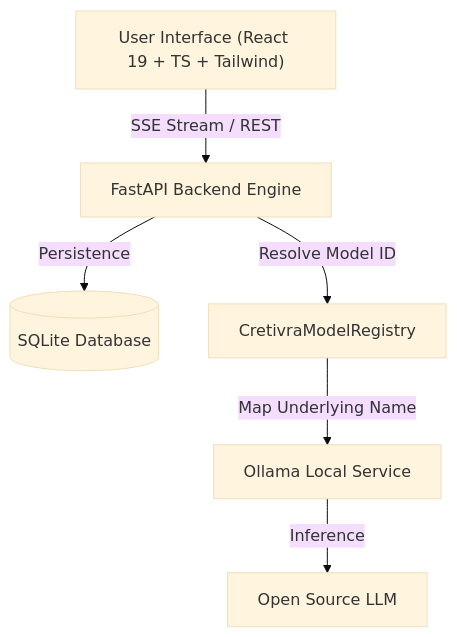
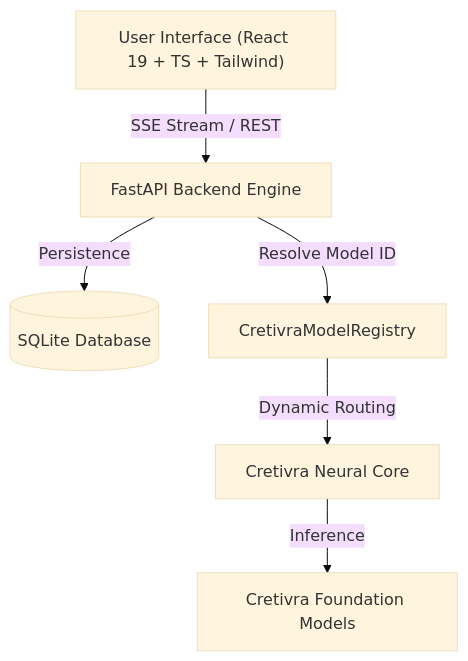
Before and after one commit to Suhash369/cretivra-ai: the diagram in README.md, drawn with Mermaid (base theme). The commit also changed other lines of this file and 12 other files, not shown here.

Commit message:
docs: unify documentation branding to Cretivra Neural Core and Foundation Models

````diff
--- a/README.md
+++ b/README.md
@@ -75,8 +75,8 @@
 ```mermaid
 graph TD
     User["User Interface (React 19 + TS + Tailwind)"] -->|SSE Stream / REST| FastAPI["FastAPI Backend Engine"]
     FastAPI -->|Persistence| DB[(SQLite Database)]
     FastAPI -->|Resolve Model ID| Registry["CretivraModelRegistry"]
-    Registry -->|Map Underlying Name| Ollama["Ollama Local Service"]
-    Ollama -->|Inference| Model["Open Source LLM"]
+    Registry -->|Dynamic Routing| Core["Cretivra Neural Core"]
+    Core -->|Inference| Model["Cretivra Foundation Models"]
 ```
````
